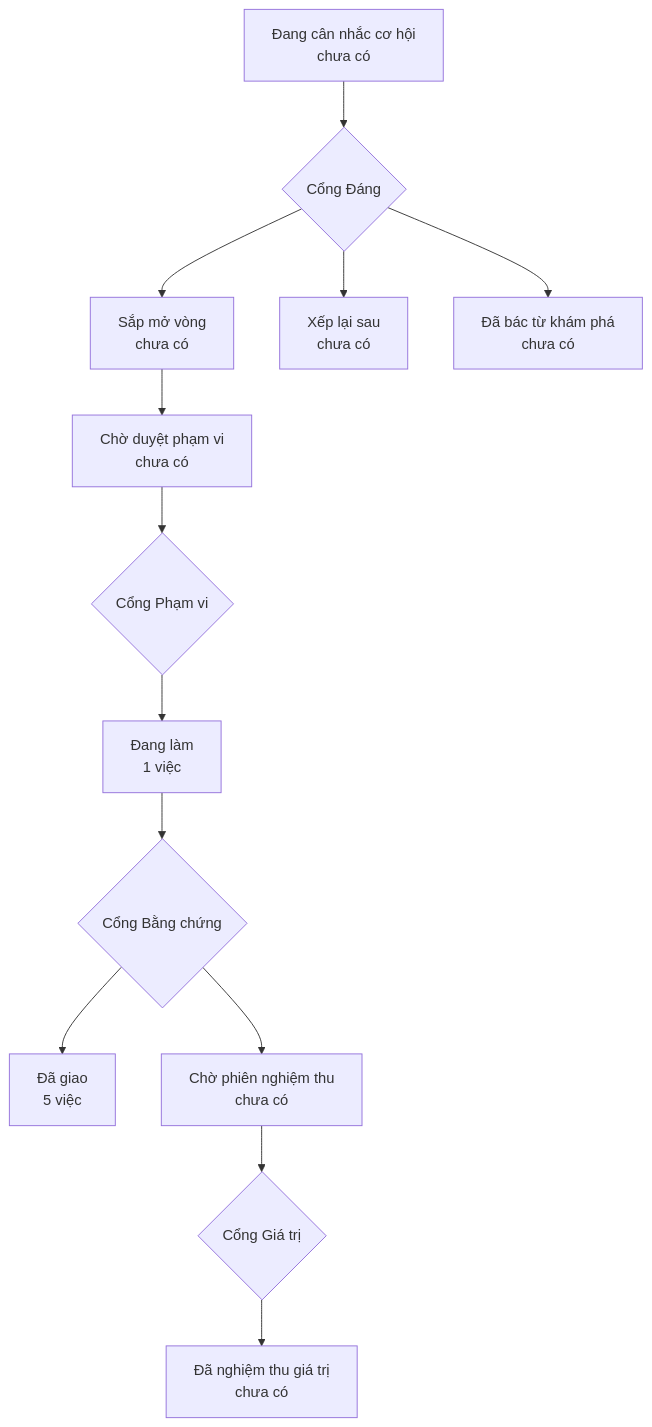
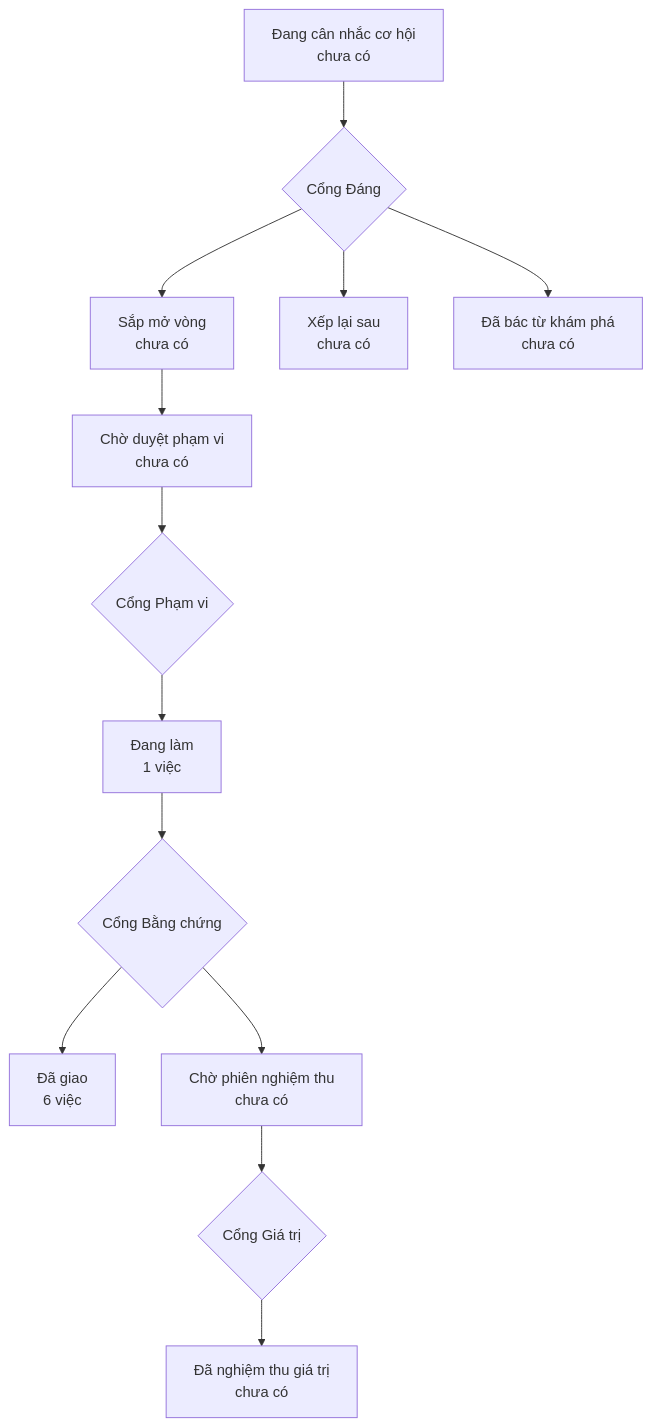
One commit to phanlemanh/crm-onehub changed the diagram in PRODUCT-MAP.md. Above: the diagram before and after it, drawn with Mermaid. The commit also changed other lines of this file and 1 other file, not shown here.

Commit message:
chore(gate): drop an exemption that describes a gap this branch closed
The declared shape of the push gate exempted the shared UI package from the test
checker, and said why: it had no test script, and the components shipped untested.
That is no longer true on this branch — the package has a test script and
seventy-six tests behind it, added while making the components speak the reader's
language.

An exemption outlives the reason it was written for, and this one now says
something false about the tree in the same file that is supposed to be the truth
about the gate. Removing it raises the bar back to where the gate already runs.

The map is redrawn because the record it reads gained a signed round.

````diff
--- a/PRODUCT-MAP.md
+++ b/PRODUCT-MAP.md
@@ -6,12 +6,12 @@
 ```mermaid
 flowchart TD
   A["Đang cân nhắc cơ hội<br/>chưa có"] --> GD{"Cổng Đáng"}
   GD --> B["Sắp mở vòng<br/>chưa có"]
   GD --> XL["Xếp lại sau<br/>chưa có"]
   GD --> DB["Đã bác từ khám phá<br/>chưa có"]
   B --> CD["Chờ duyệt phạm vi<br/>chưa có"] --> GP{"Cổng Phạm vi"}
   GP --> DL["Đang làm<br/>1 việc"] --> GB{"Cổng Bằng chứng"}
-  GB --> DG["Đã giao<br/>5 việc"]
+  GB --> DG["Đã giao<br/>6 việc"]
   GB --> CN["Chờ phiên nghiệm thu<br/>chưa có"] --> GG{"Cổng Giá trị"}
   GG --> NT["Đã nghiệm thu giá trị<br/>chưa có"]
 ```
````
